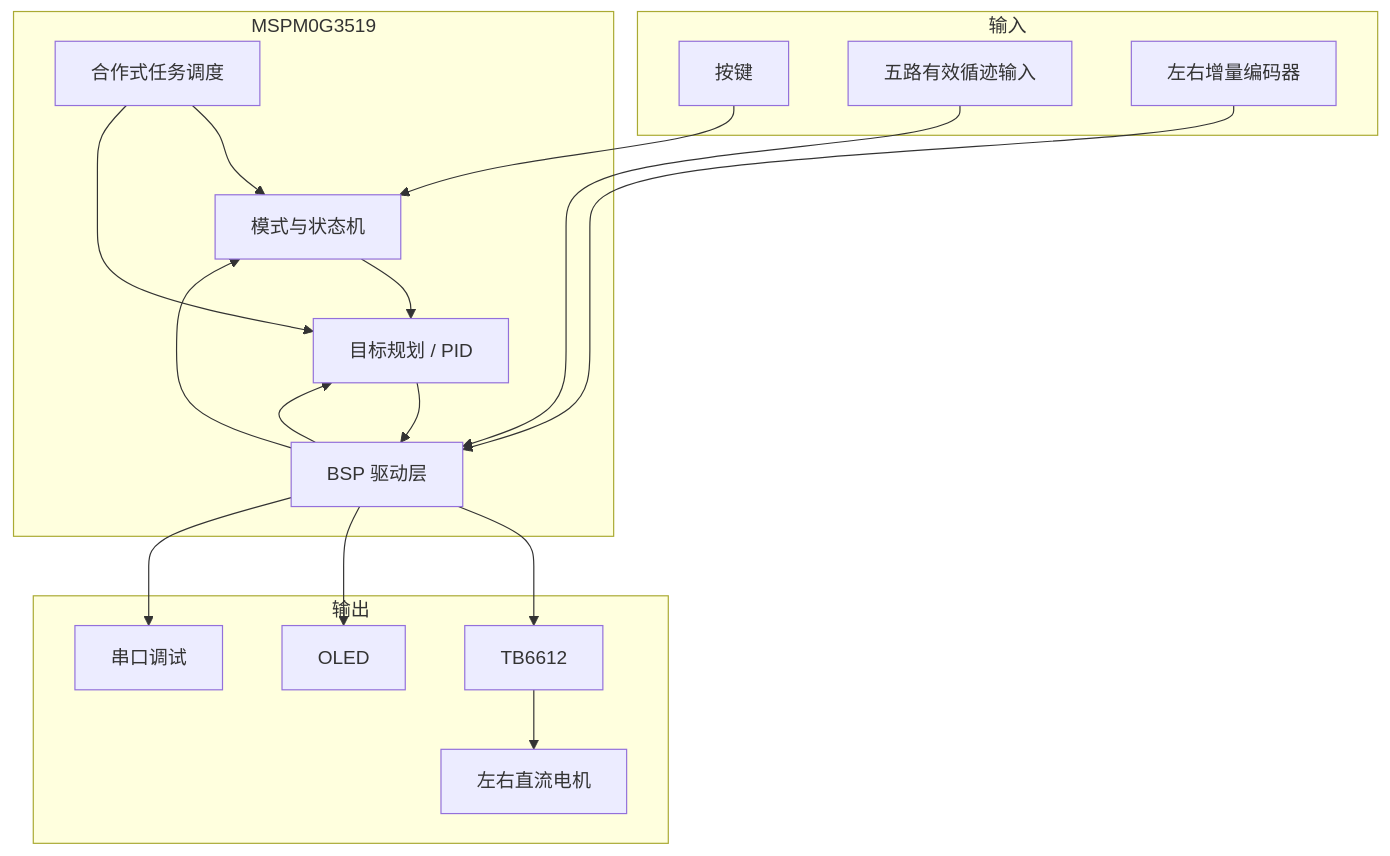
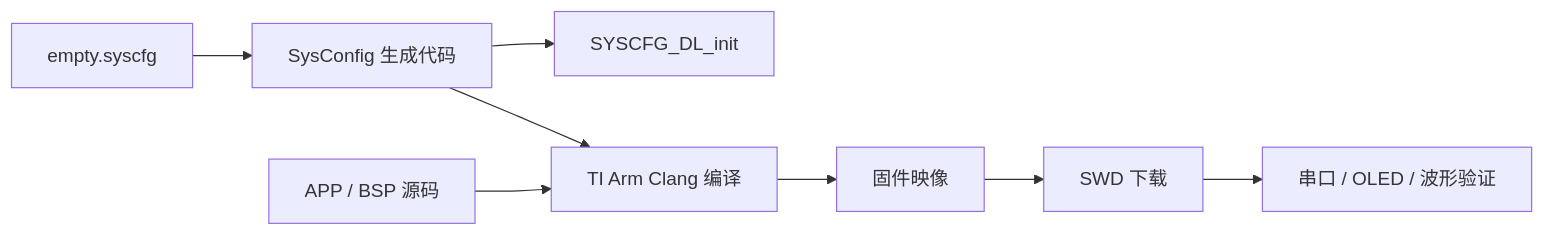
One commit to ice11123/GUET_428 changed the diagram in src/content/blog/小车组/TI小车实战/02-system-architecture.md. Above: the diagram before and after it, drawn with Mermaid. The commit also changed other lines of this file and 10 other files, not shown here.

````diff
--- a/src/content/blog/小车组/TI小车实战/02-system-architecture.md
+++ b/src/content/blog/小车组/TI小车实战/02-system-architecture.md
@@ -20,31 +49,10 @@
 ```mermaid
-flowchart TB
-  subgraph INPUT[输入]
-    KEY[按键]
-    TRACK[五路有效循迹输入]
-    ENC[左右增量编码器]
-  end
-
-  subgraph MCU[MSPM0G3519]
-    SCHED[合作式任务调度]
-    MODE[模式与状态机]
-    CTRL[目标规划 / PID]
-    BSP[BSP 驱动层]
-  end
-
-  subgraph OUTPUT[输出]
-    DRIVER[TB6612]
-    MOTORS[左右直流电机]
-    OLED[OLED]
-    UART[串口调试]
-  end
-
-  KEY --> MODE
-  TRACK --> BSP --> MODE
-  ENC --> BSP --> CTRL
-  MODE --> CTRL --> BSP --> DRIVER --> MOTORS
-  SCHED --> MODE
-  SCHED --> CTRL
-  BSP --> OLED
-  BSP --> UART
+flowchart LR
+  S[empty.syscfg] --> G[SysConfig 生成代码]
+  G --> I[SYSCFG_DL_init]
+  A[APP / BSP 源码] --> B[TI Arm Clang 编译]
+  G --> B
+  B --> F[固件映像]
+  F --> D[SWD 下载]
+  D --> V[串口 / OLED / 波形验证]
 ```
````
